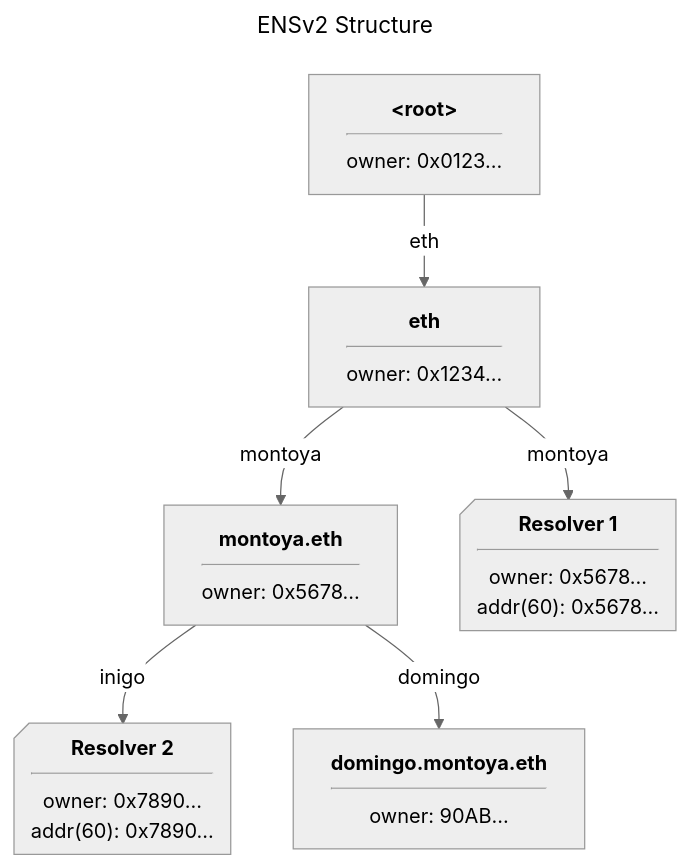
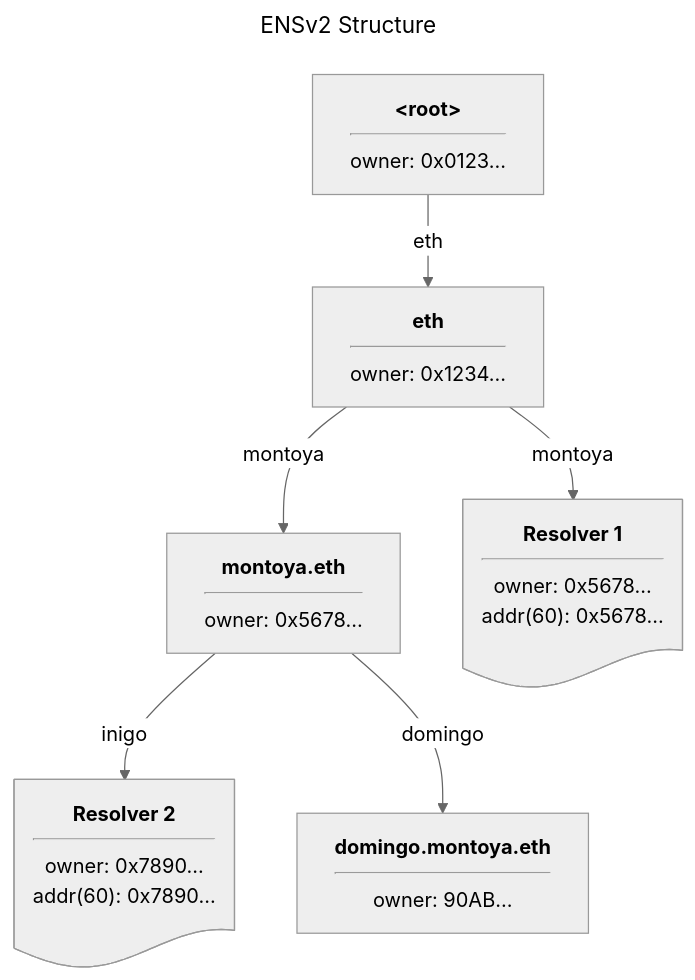
Before and after one commit to ensdomains/docs: the second of 8 diagrams in src/pages/contracts/ensv2/overview.mdx, drawn with Mermaid (neutral theme). The commit also changed other lines of this file, not shown here.

````diff
--- a/src/pages/contracts/ensv2/overview.mdx
+++ b/src/pages/contracts/ensv2/overview.mdx
@@ -80,17 +80,17 @@
 ```mermaid
 ---
 title: ENSv2 Structure
 ---
 flowchart TB
     root@{label: "<b>&lt;root></b><hr>owner: 0x0123...</b>"}
     eth@{label: "<b>eth</b><hr>owner: 0x1234..."}
     montoya@{label: "<b>montoya.eth</b><hr>owner: 0x5678..."}
-    inigo@{label: "<b>Resolver 2</b><hr>owner: 0x7890...<br>addr(60): 0x7890...", shape: notch-rect}
+    inigo@{label: "<b>Resolver 2</b><hr>owner: 0x7890...<br>addr(60): 0x7890...", shape: doc}
     domingo@{label: "<b>domingo.montoya.eth</b><hr>owner: 90AB..."}
-    montoyaResolver@{label: "<b>Resolver 1</b><hr>owner: 0x5678...<br>addr(60): 0x5678...", shape: notch-rect}
+    montoyaResolver@{label: "<b>Resolver 1</b><hr>owner: 0x5678...<br>addr(60): 0x5678...", shape: doc}
     root-- eth --> eth
     eth-- montoya --> montoya
     eth-- montoya --> montoyaResolver
     montoya-- inigo --> inigo
     montoya-- domingo --> domingo
 ```
````
